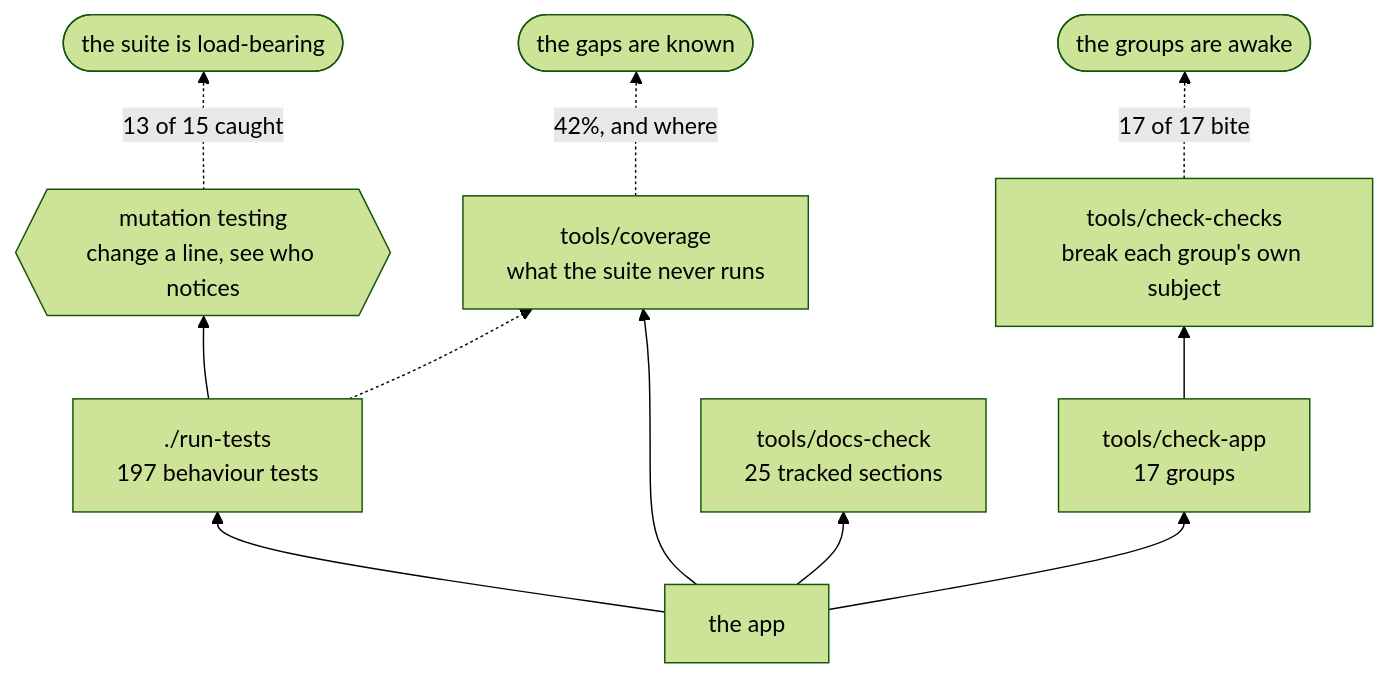
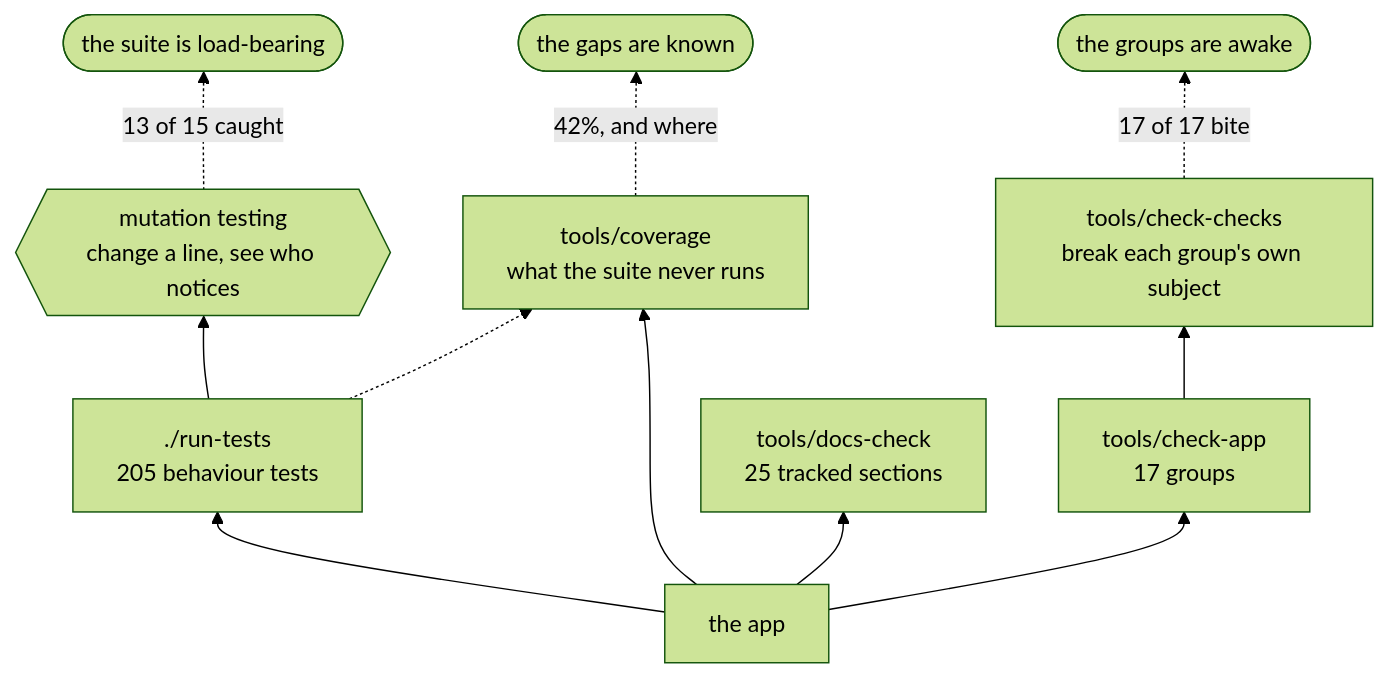
The second of 2 diagrams in docs/DEVELOPING.md (minormending/crystal-pilot-mobile), drawn with Mermaid (forest theme) before and after one commit. The commit also changed 1 other file, not shown here.

````diff
--- a/docs/DEVELOPING.md
+++ b/docs/DEVELOPING.md
@@ -118,13 +118,13 @@
 ```mermaid
 flowchart BT
-    C["the app"] --> T["./run-tests<br/>197 behaviour tests"]
+    C["the app"] --> T["./run-tests<br/>205 behaviour tests"]
     C --> A["tools/check-app<br/>17 groups"]
     C --> D["tools/docs-check<br/>25 tracked sections"]
     C --> V["tools/coverage<br/>what the suite never runs"]
     T --> M{{"mutation testing<br/>change a line, see who notices"}}
     A --> K["tools/check-checks<br/>break each group's own subject"]
     T -.-> V
     M -.->|"13 of 15 caught"| R(["the suite is load-bearing"])
     K -.->|"17 of 17 bite"| R2(["the groups are awake"])
     V -.->|"42%, and where"| R3(["the gaps are known"])
 ```
````
